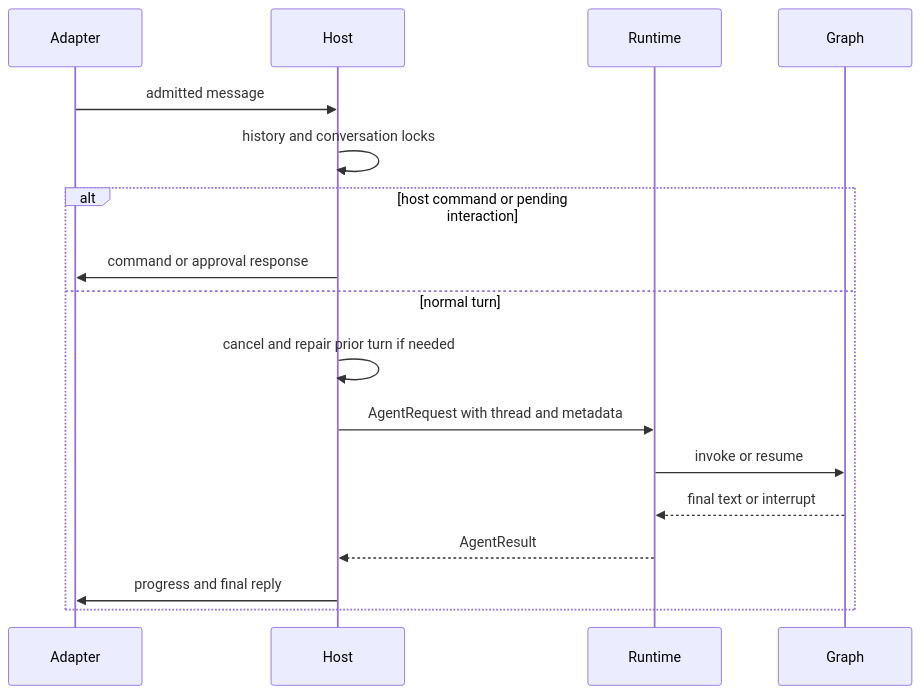
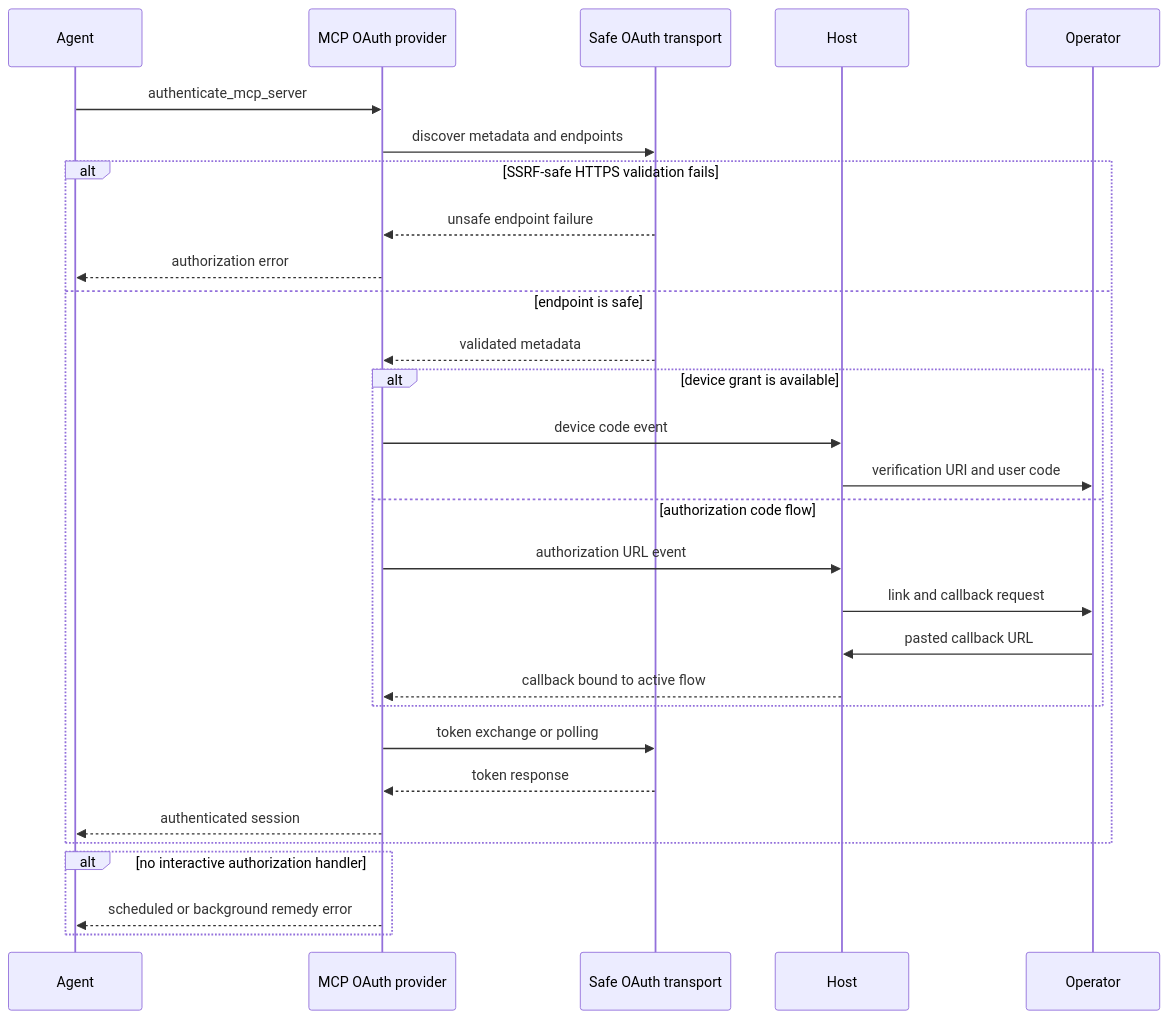
Before and after one commit to langchain-ai/deepagents: the diagram in openwiki/integrations/talon.md, drawn with Mermaid. The commit also changed other lines of this file and 47 other files, not shown here.

````diff
--- a/openwiki/integrations/talon.md
+++ b/openwiki/integrations/talon.md
@@ -62,19 +70,31 @@
 ```mermaid
 sequenceDiagram
-    participant Adapter
+    participant Agent
+    participant Provider as MCP OAuth provider
+    participant SafeNet as Safe OAuth transport
     participant Host
-    participant Runtime
-    participant Graph
-    Adapter->>Host: admitted message
-    Host->>Host: history and conversation locks
-    alt host command or pending interaction
-        Host->>Adapter: command or approval response
-    else normal turn
-        Host->>Host: cancel and repair prior turn if needed
-        Host->>Runtime: AgentRequest with thread and metadata
-        Runtime->>Graph: invoke or resume
-        Graph-->>Runtime: final text or interrupt
-        Runtime-->>Host: AgentResult
-        Host->>Adapter: progress and final reply
+    participant Operator
+    Agent->>Provider: authenticate_mcp_server
+    Provider->>SafeNet: discover metadata and endpoints
+    alt SSRF-safe HTTPS validation fails
+        SafeNet-->>Provider: unsafe endpoint failure
+        Provider-->>Agent: authorization error
+    else endpoint is safe
+        SafeNet-->>Provider: validated metadata
+        alt device grant is available
+            Provider->>Host: device code event
+            Host->>Operator: verification URI and user code
+        else authorization code flow
+            Provider->>Host: authorization URL event
+            Host->>Operator: link and callback request
+            Operator->>Host: pasted callback URL
+            Host-->>Provider: callback bound to active flow
+        end
+        Provider->>SafeNet: token exchange or polling
+        SafeNet-->>Provider: token response
+        Provider-->>Agent: authenticated session
+    end
+    alt no interactive authorization handler
+        Provider-->>Agent: scheduled or background remedy error
     end
 ```
````
